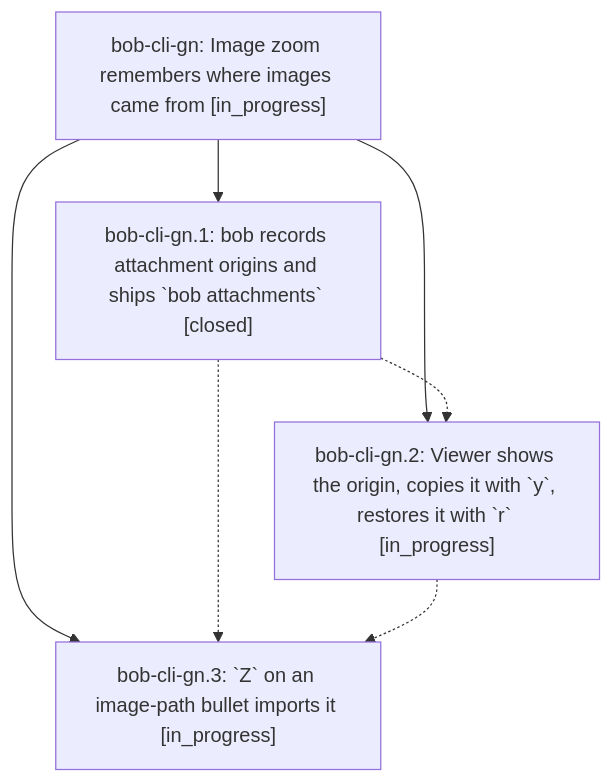
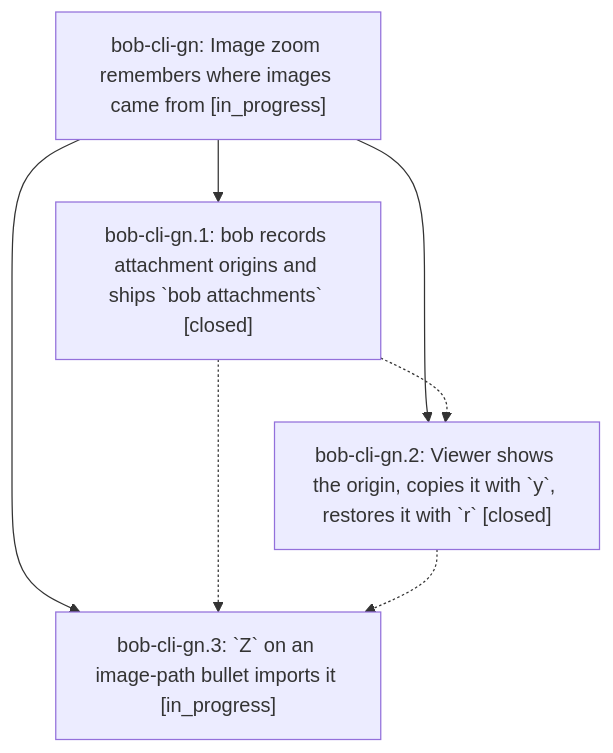
The diagram in pages/bob-cli-gn/README.md (bobs-org/bob-cli--beads), drawn with Mermaid before and after one commit. The commit also changed other lines of this file and 3 other files, not shown here.

First line of the commit message:
chore(beads): sync bead state and pages for bob-cli-gn

````diff
--- a/pages/bob-cli-gn/README.md
+++ b/pages/bob-cli-gn/README.md
@@ -36,13 +36,13 @@
 ```mermaid
 flowchart TD
     n0["bob-cli-gn: Image zoom remembers where images came from [in_progress]"]
     n1["bob-cli-gn.1: bob records attachment origins and ships `bob attachments` [closed]"]
-    n2["bob-cli-gn.2: Viewer shows the origin, copies it with `y`, restores it with `r` [in_progress]"]
+    n2["bob-cli-gn.2: Viewer shows the origin, copies it with `y`, restores it with `r` [closed]"]
     n3["bob-cli-gn.3: `Z` on an image-path bullet imports it [in_progress]"]
     n0 --> n1
     n0 --> n2
     n0 --> n3
     n1 -.-> n2
     n1 -.-> n3
     n2 -.-> n3
 ```
````
